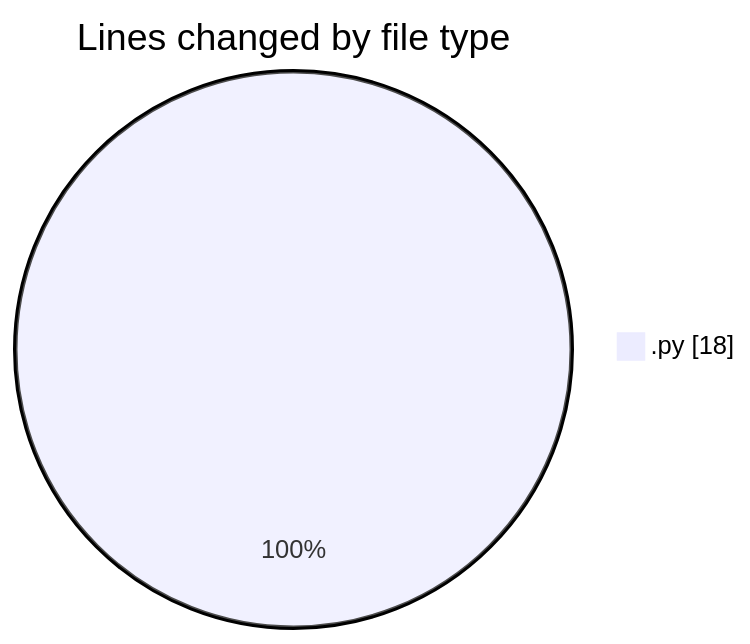
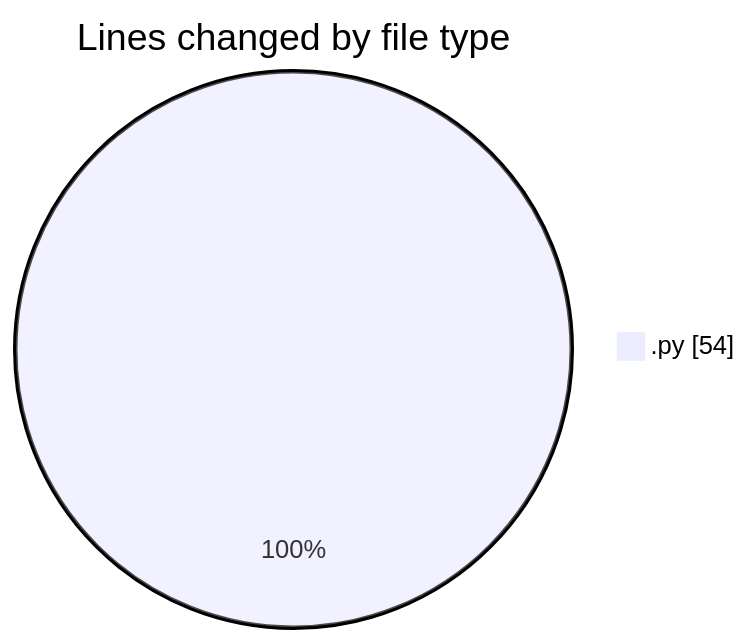
Before and after one commit to CELIANVF/code-tracking: the first of 2 diagrams in 2025-02-05/video/README.md, drawn with Mermaid. The commit also changed other lines of this file and 1 other file, not shown here.

````diff
--- a/2025-02-05/video/README.md
+++ b/2025-02-05/video/README.md
@@ -20,5 +22,5 @@
 ```mermaid
 pie showData
 title Lines changed by file type
-".py" : 18
+".py" : 54
 ```
````
